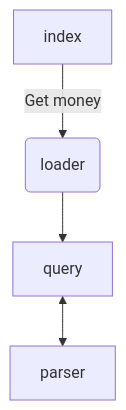
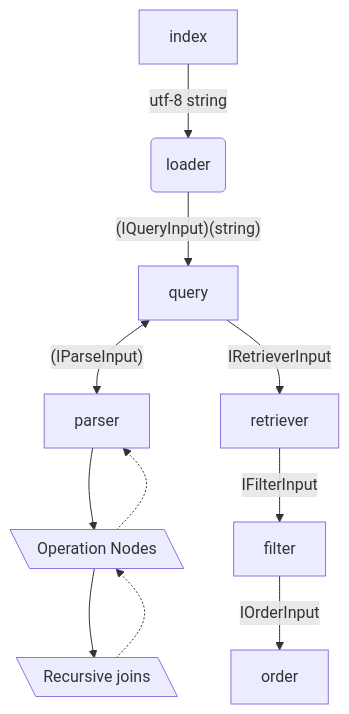
One commit to samrocksc/samql changed the diagram in README.md. Above: the diagram before and after it, drawn with Mermaid. The commit also changed other lines of this file and 1 other file, not shown here.

````diff
--- a/README.md
+++ b/README.md
@@ -110,6 +110,16 @@
 ```mermaid
 flowchart TD
-    A["index"] -- Get money --> B("loader")
-    B --> n1["query"]
-    n1 <--> n2["parser"]
+    A["index"] -- "utf-8 string" --> B("loader")
+    B -- (IQueryInput)(string) --> n1["query"]
+    n1 <-- (IParseInput) --> n2["parser"]
+    n3["retriever"] -- IFilterInput --> n4["filter"]
+    n4 -- IOrderInput --> n5["order"]
+    n1 -- IRetrieverInput --> n3
+    n2 --> n6["Operation Nodes"]
+    n6 --> n7["Recursive joins"]
+    n6 -.-> n2
+    n7 -.-> n6
+
+    n6@{ shape: lean-l}
+    n7@{ shape: lean-l}
 ```
````
